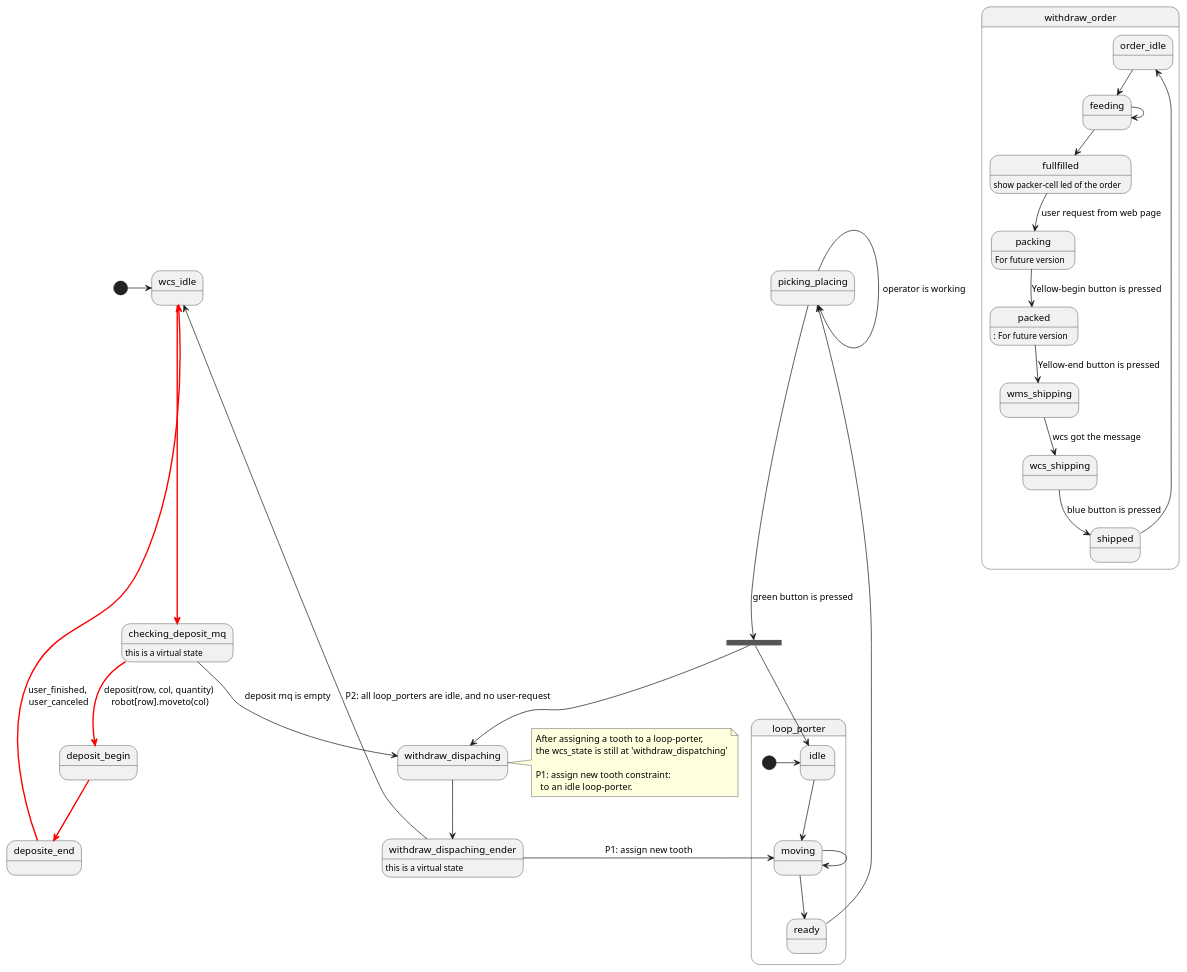
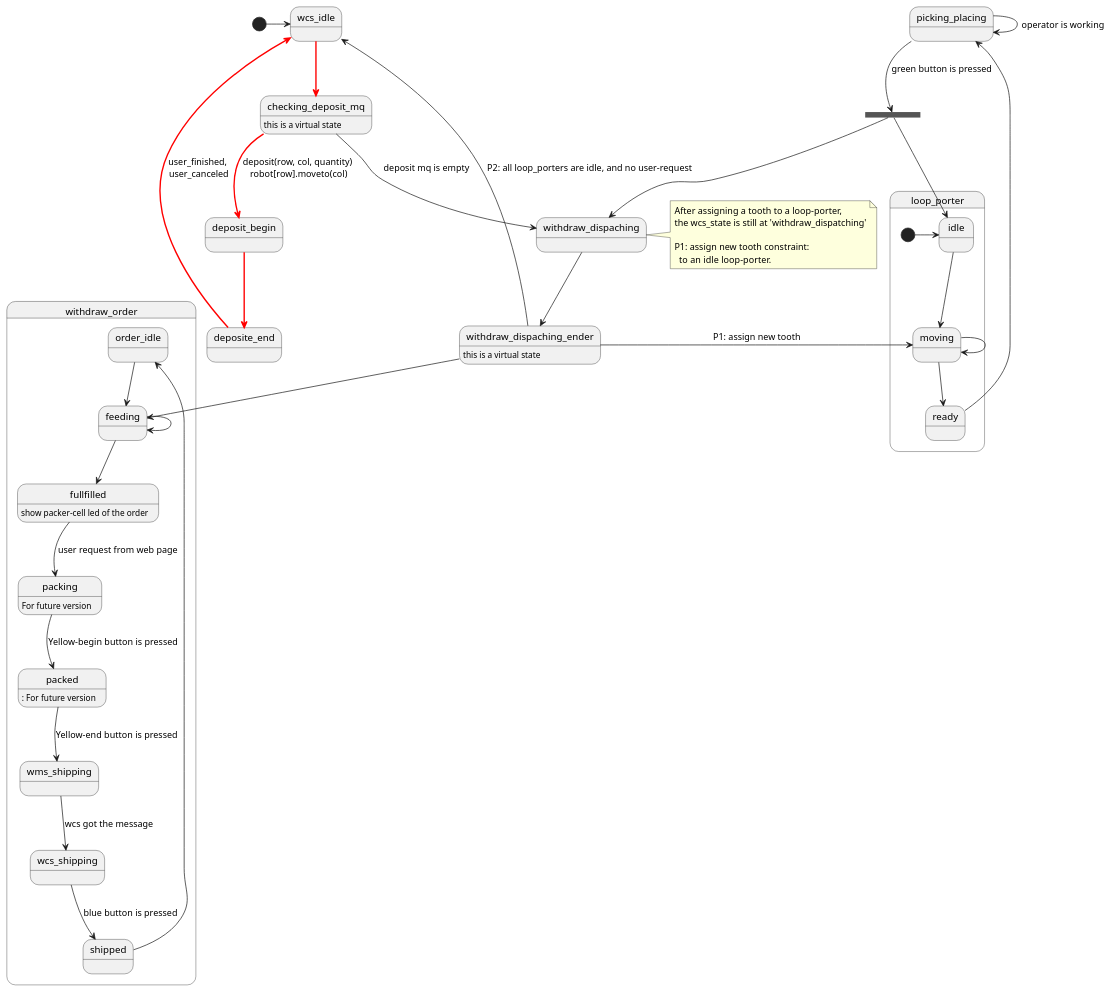
Before and after one commit to voicevon/gobot_front: the diagram in apps/twh2/docs/wcs_state_machine.puml, drawn with PlantUML. The commit also changed 9 other files, not shown here.

```diff
--- a/apps/twh2/docs/wcs_state_machine.puml
+++ b/apps/twh2/docs/wcs_state_machine.puml
@@ -1,55 +1,57 @@
 @startuml
 [*] -> wcs_idle
 
 wcs_idle-[#red,bold]-> checking_deposit_mq
 checking_deposit_mq -[#red,bold]-> deposit_begin: deposit(row, col, quantity) \nrobot[row].moveto(col)
 deposit_begin -[#red,bold]-> deposite_end
 deposite_end -[#red,bold]->wcs_idle: user_finished, \nuser_canceled
 
 checking_deposit_mq --> withdraw_dispaching: deposit mq is empty
 checking_deposit_mq: this is a virtual state
   state loop_porter {
     [*] -> idle 
     idle --> moving
     moving -> moving
     moving --> ready
   }
   
 ' checking_withdraw_request --> moving
 state ending <<fork>>
 ready-->picking_placing
 picking_placing -> picking_placing: operator is working
 picking_placing --> ending:  green button is pressed
 ending --> idle
 ending --> withdraw_dispaching
 withdraw_dispaching --> withdraw_dispaching_ender
 withdraw_dispaching_ender --> moving: P1: assign new tooth
 withdraw_dispaching_ender -->  wcs_idle:  P2: all loop_porters are idle, and no user-request
 withdraw_dispaching_ender: this is a virtual state
 ' checking_withdraw_request --> wcs_idle: request is empty
 ' checking_withdraw_request --> withdraw_begin: withdraw(list(row,col))
 ' withdraw_begin -->  withdraw_end: green button is pressed
 
 note right of withdraw_dispaching
   After assigning a tooth to a loop-porter, 
   the wcs_state is still at 'withdraw_dispatching'
 
   P1: assign new tooth constraint: 
     to an idle loop-porter.
 end note
 
 state withdraw_order{
   order_idle --> feeding
   feeding --> feeding
   feeding --> fullfilled
   fullfilled --> packing: user request from web page
   packing --> packed: Yellow-begin button is pressed
   packed --> wms_shipping: Yellow-end button is pressed
   wms_shipping --> wcs_shipping: wcs got the message
   wcs_shipping --> shipped: blue button is pressed
   shipped --> order_idle
   packing: For future version
   packed:: For future version
   fullfilled: show packer-cell led of the order
 }
+
+withdraw_dispaching_ender --> feeding
 @enduml
```
